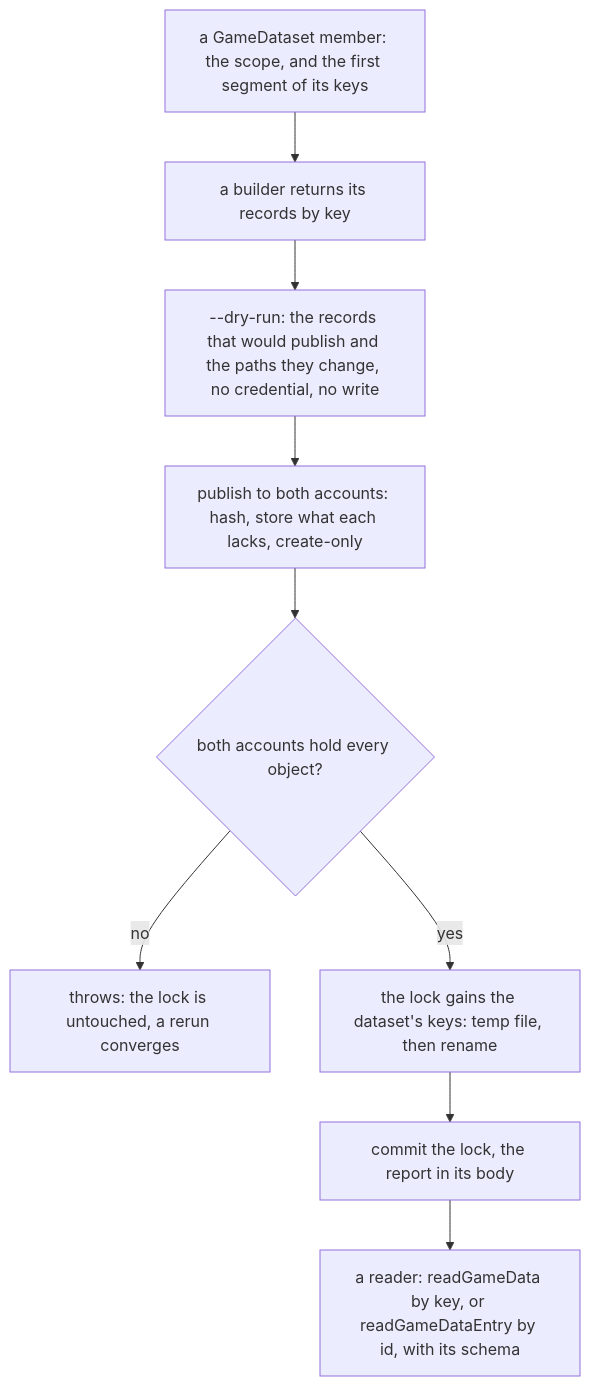
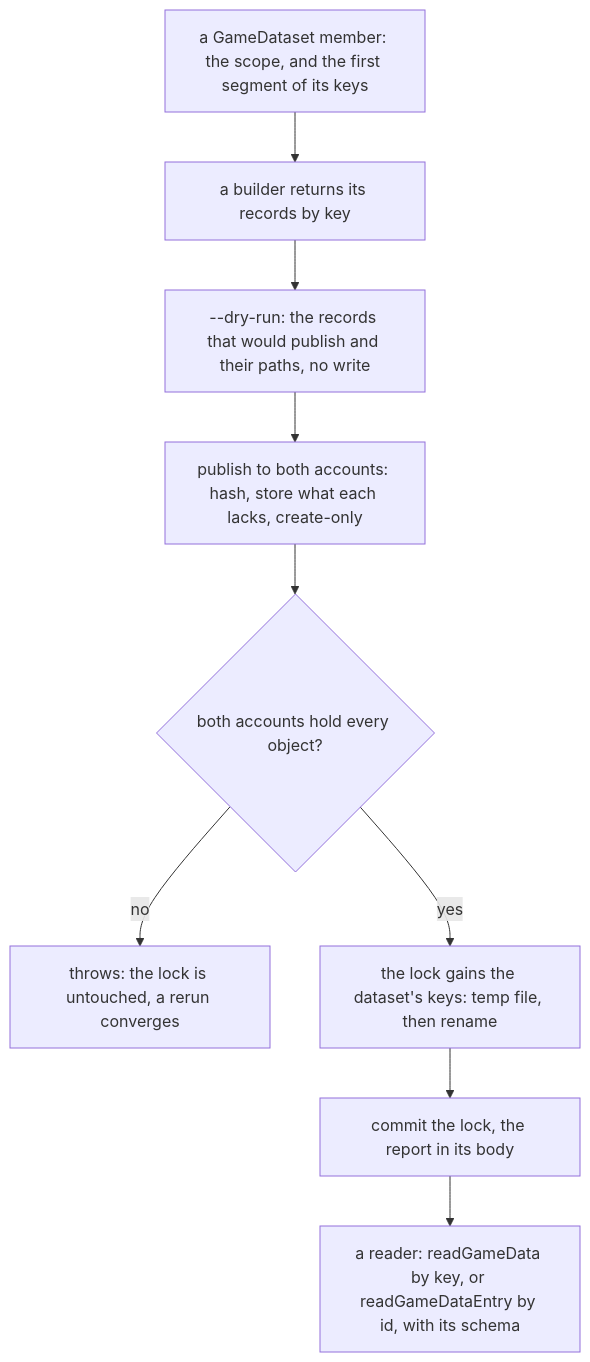
Before and after one commit to Esposter/Esposter: the first of 5 diagrams in openspec/specs/genshin/hosted-game-data/design.md, drawn with Mermaid.

Commit message:
docs(openspec): the hosted game data's --dry-run label fits the diagram's width
Claude-Session: https://claude.ai/code/session_01JdF9oFji9H7yNTKDQPeHwE

````diff
--- a/openspec/specs/genshin/hosted-game-data/design.md
+++ b/openspec/specs/genshin/hosted-game-data/design.md
@@ -90,11 +90,11 @@
 ```mermaid
 flowchart TD
   Member["a GameDataset member: the scope, and the first segment of its keys"] --> Builder["a builder returns its records by key"]
-  Builder --> Dry["--dry-run: the records that would publish and the paths they change, no credential, no write"]
+  Builder --> Dry["--dry-run: the records that would publish and their paths, no write"]
   Dry --> Publish["publish to both accounts: hash, store what each lacks, create-only"]
   Publish --> Held{"both accounts hold every object?"}
   Held -->|no| Abort["throws: the lock is untouched, a rerun converges"]
   Held -->|yes| Lock["the lock gains the dataset's keys: temp file, then rename"]
   Lock --> Commit["commit the lock, the report in its body"]
   Commit --> Reader["a reader: readGameData by key, or readGameDataEntry by id, with its schema"]
 ```
````
